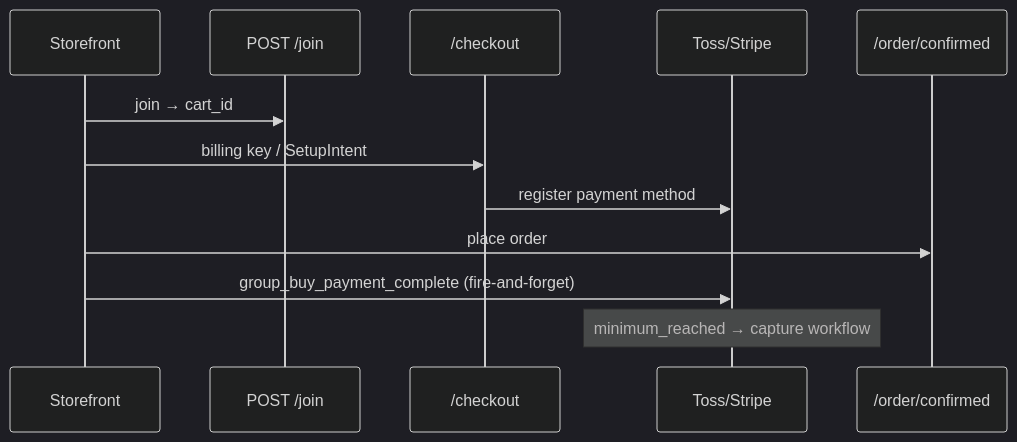
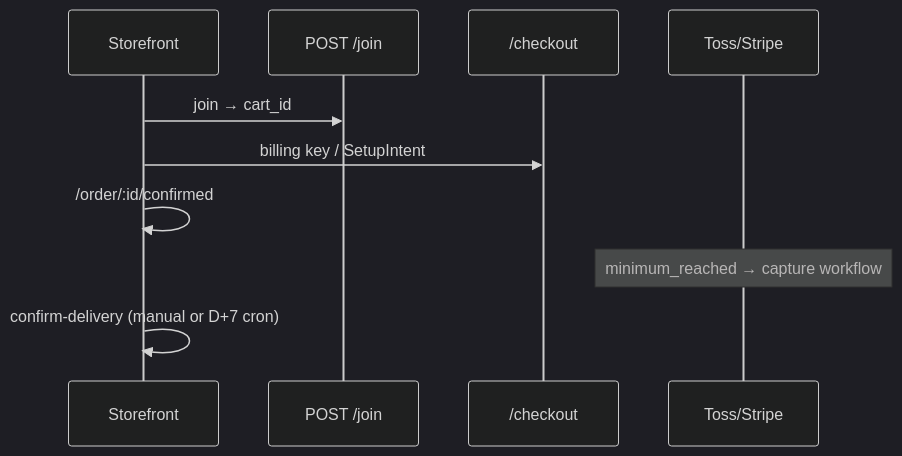
Before and after one commit to yjj0066/group_buying: the second of 2 diagrams in PROJECT_STATUS.md, drawn with Mermaid (dark theme). The commit also changed other lines of this file and 2 other files, not shown here.

````diff
--- a/PROJECT_STATUS.md
+++ b/PROJECT_STATUS.md
@@ -274,15 +288,13 @@
 ```mermaid
 sequenceDiagram
     participant U as Storefront
     participant API as POST /join
     participant CK as /checkout
     participant PG as Toss/Stripe
-    participant OR as /order/confirmed
 
     U->>API: join → cart_id
     U->>CK: billing key / SetupIntent
-    CK->>PG: register payment method
-    U->>OR: place order
-    U->>PG: group_buy_payment_complete (fire-and-forget)
+    U->>U: /order/:id/confirmed
     Note over PG: minimum_reached → capture workflow
+    U->>U: confirm-delivery (manual or D+7 cron)
 ```
````
